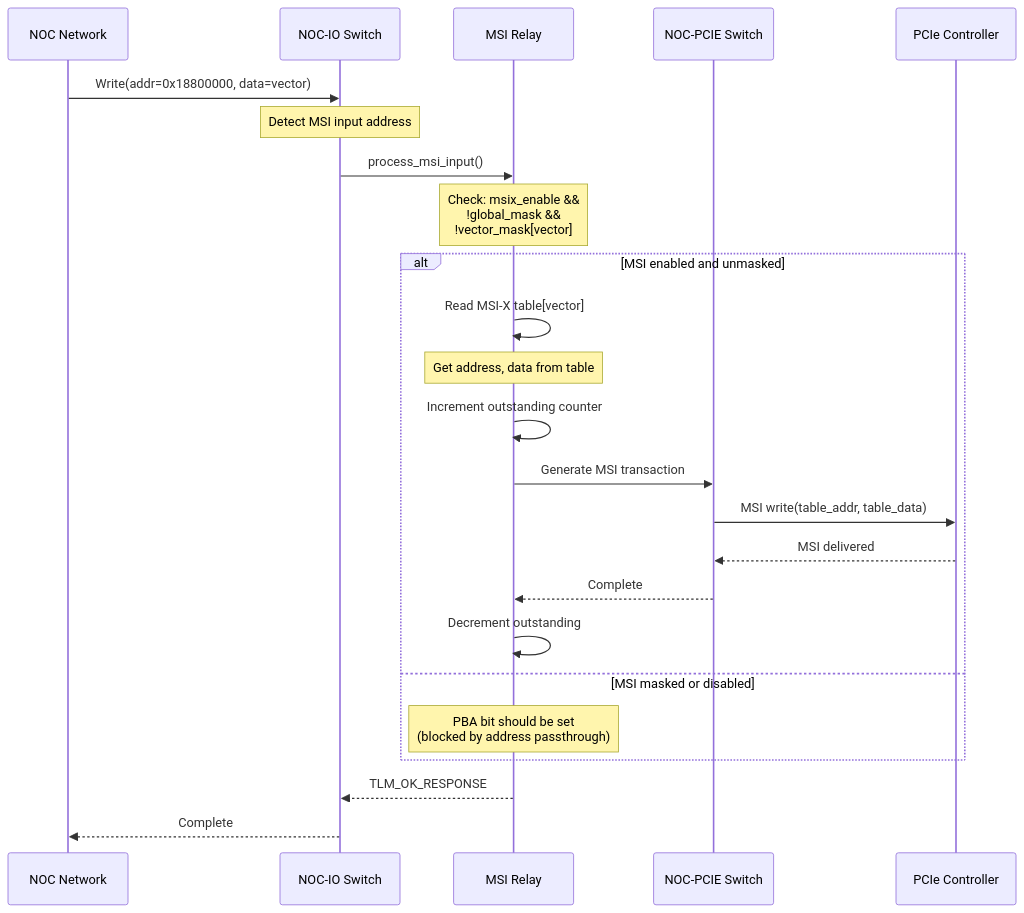
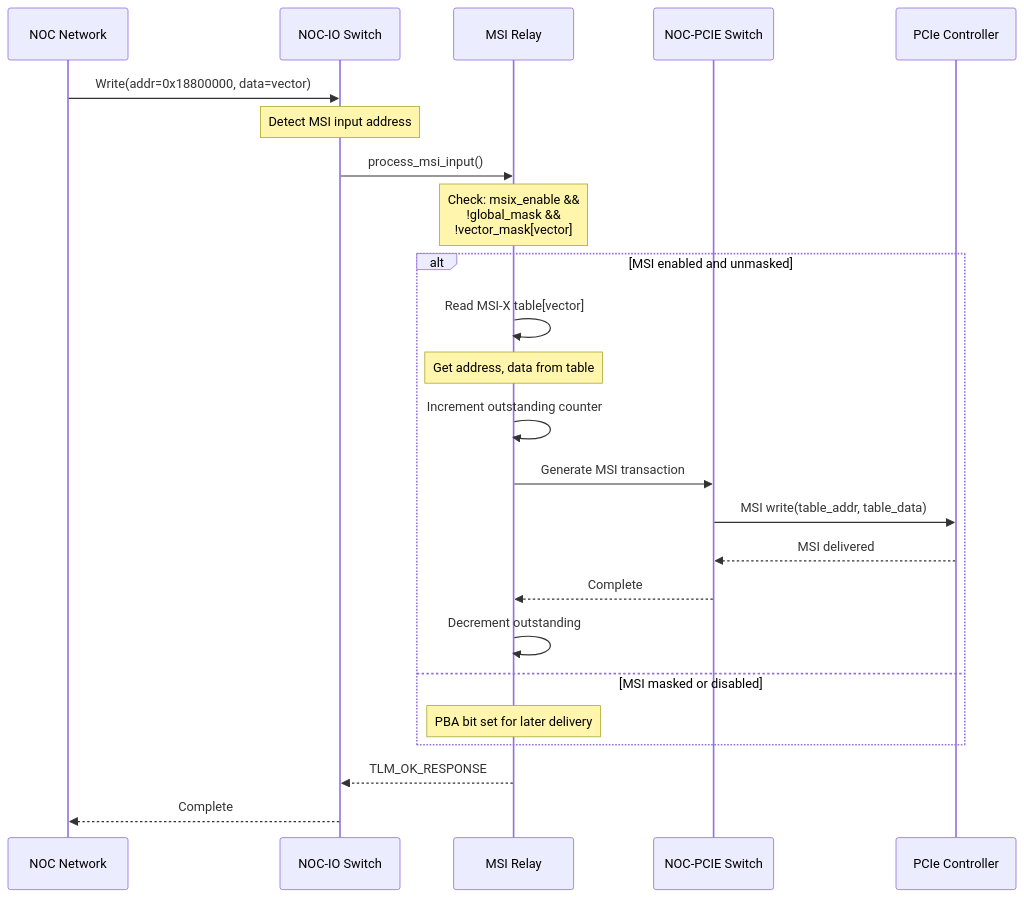
Diagram 17 of 27 in docs_source/hld.md (pdroyTT/Keraunos_PCIe_TILE), drawn with Mermaid before and after one commit. The commit also changed other lines of this file and 744 other files, not shown here.

````diff
--- a/docs_source/hld.md
+++ b/docs_source/hld.md
@@ -1330,29 +1329,29 @@
 ```{mermaid}
 sequenceDiagram
     participant NOC as NOC Network
     participant NIS as NOC-IO Switch
     participant MSI as MSI Relay
     participant NPS as NOC-PCIE Switch
     participant PC as PCIe Controller
     
     NOC->>NIS: Write(addr=0x18800000, data=vector)
     Note over NIS: Detect MSI input address
     NIS->>MSI: process_msi_input()
     Note over MSI: Check: msix_enable &&<br/>!global_mask &&<br/>!vector_mask[vector]
     
     alt MSI enabled and unmasked
         MSI->>MSI: Read MSI-X table[vector]
         Note over MSI: Get address, data from table
         MSI->>MSI: Increment outstanding counter
         MSI->>NPS: Generate MSI transaction
         NPS->>PC: MSI write(table_addr, table_data)
         PC-->>NPS: MSI delivered
         NPS-->>MSI: Complete
         MSI->>MSI: Decrement outstanding
     else MSI masked or disabled
-        Note over MSI: PBA bit should be set<br/>(blocked by address passthrough)
+        Note over MSI: PBA bit set for later delivery
     end
     
     MSI-->>NIS: TLM_OK_RESPONSE
     NIS-->>NOC: Complete
 ```
````
